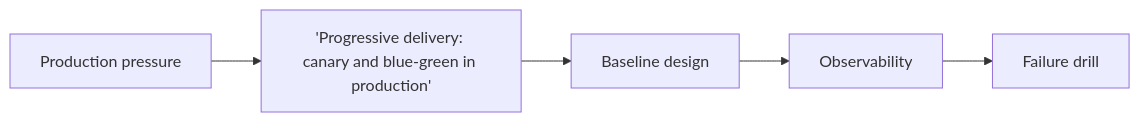
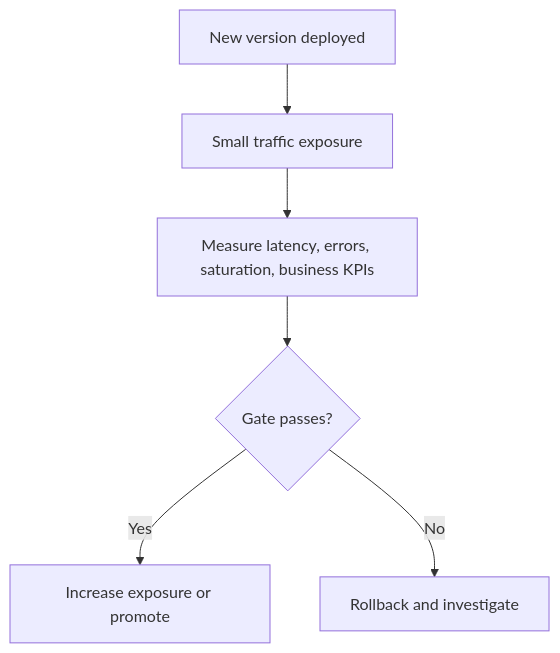
Before and after one commit to sandeepbhardwaj/sandeepbhardwaj.github.io: the diagram in _posts/2026-09-05-k8s-progressive-delivery-canary-bluegreen-part-1.md, drawn with Mermaid. The commit also changed other lines of this file and 40 other files, not shown here.

````diff
--- a/_posts/2026-09-05-k8s-progressive-delivery-canary-bluegreen-part-1.md
+++ b/_posts/2026-09-05-k8s-progressive-delivery-canary-bluegreen-part-1.md
@@ -57,7 +88,8 @@
 ```mermaid
-flowchart LR
-    A[Production pressure] --> B['Progressive delivery: canary and blue-green in production']
-    B --> C[Baseline design]
-    C --> D[Observability]
-    D --> E[Failure drill]
+flowchart TD
+    A[New version deployed] --> B[Small traffic exposure]
+    B --> C[Measure latency, errors, saturation, business KPIs]
+    C --> D{Gate passes?}
+    D -->|Yes| E[Increase exposure or promote]
+    D -->|No| F[Rollback and investigate]
 ```
````
